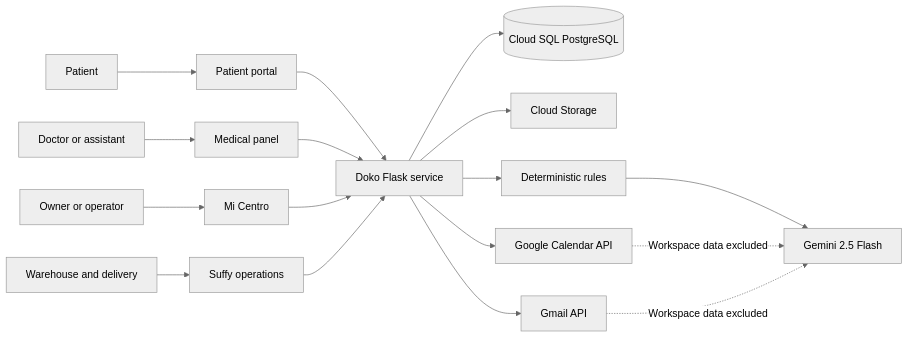
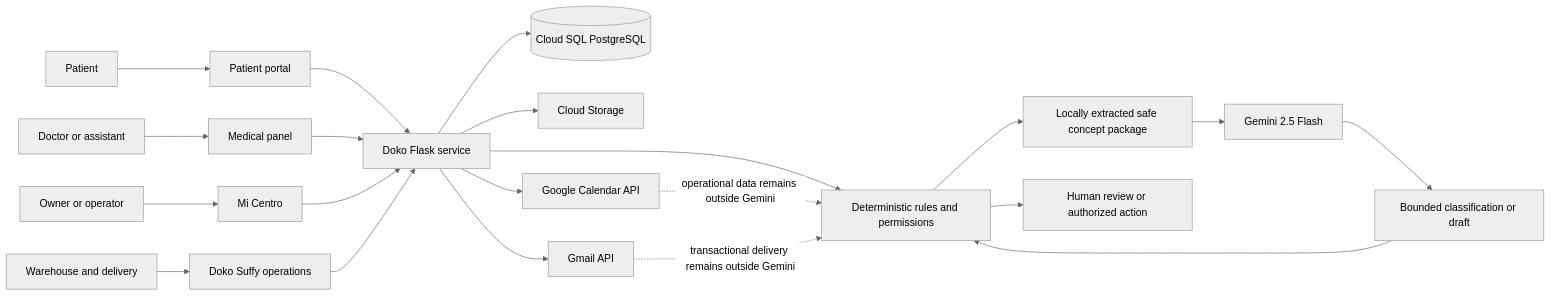
One commit to kevinr786c-lab/doko-xprize-2026 changed the diagram in docs/ARCHITECTURE.md. Above: the diagram before and after it, drawn with Mermaid (neutral theme). The commit also changed other lines of this file and 29 other files, not shown here.

````diff
--- a/docs/ARCHITECTURE.md
+++ b/docs/ARCHITECTURE.md
@@ -5,22 +5,27 @@
 ```mermaid
 flowchart LR
     Patient[Patient] --> Portal[Patient portal]
-    Doctor[Doctor or assistant] --> Panel[Medical panel]
-    Admin[Owner or operator] --> Center[Mi Centro]
-    Warehouse[Warehouse and delivery] --> Ops[Suffy operations]
+    Clinic[Doctor or assistant] --> Panel[Medical panel]
+    Operator[Owner or operator] --> Center[Mi Centro]
+    SupplyTeam[Warehouse and delivery] --> Suffy[Doko Suffy operations]
 
     Portal --> Flask[Doko Flask service]
     Panel --> Flask
     Center --> Flask
-    Ops --> Flask
+    Suffy --> Flask
 
     Flask --> SQL[(Cloud SQL PostgreSQL)]
-    Flask --> GCS[Cloud Storage]
+    Flask --> Storage[Cloud Storage]
     Flask --> Calendar[Google Calendar API]
     Flask --> Gmail[Gmail API]
-    Flask --> Rules[Deterministic rules]
-    Rules --> Gemini[Gemini 2.5 Flash]
+    Flask --> Rules[Deterministic rules and permissions]
 
-    Calendar -. Workspace data excluded .-> Gemini
-    Gmail -. Workspace data excluded .-> Gemini
+    Rules --> SafePackage[Locally extracted safe concept package]
+    SafePackage --> Gemini[Gemini 2.5 Flash]
+    Gemini --> Suggestion[Bounded classification or draft]
+    Suggestion --> Rules
+    Rules --> Human[Human review or authorized action]
+
+    Calendar -. operational data remains outside Gemini .-> Rules
+    Gmail -. transactional delivery remains outside Gemini .-> Rules
 ```
````
